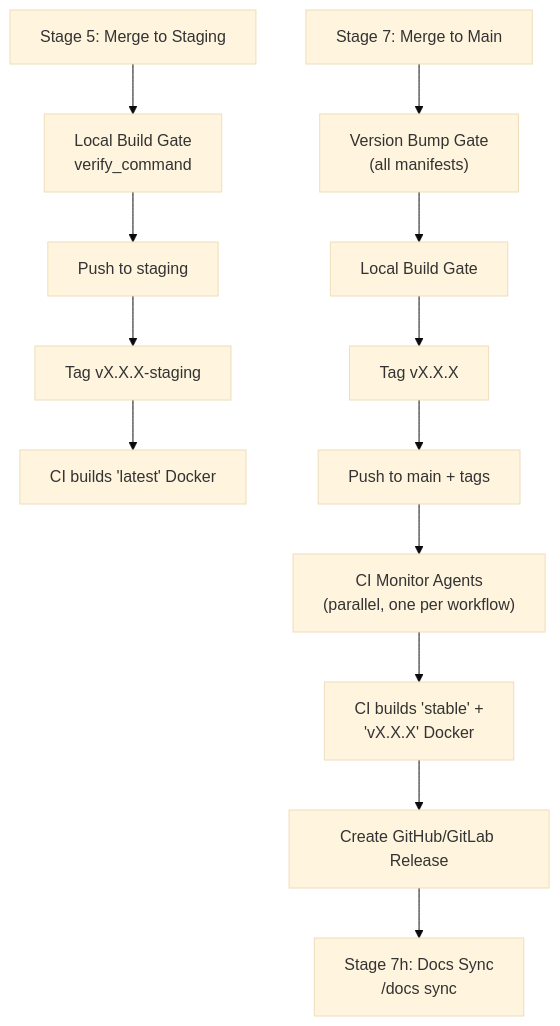
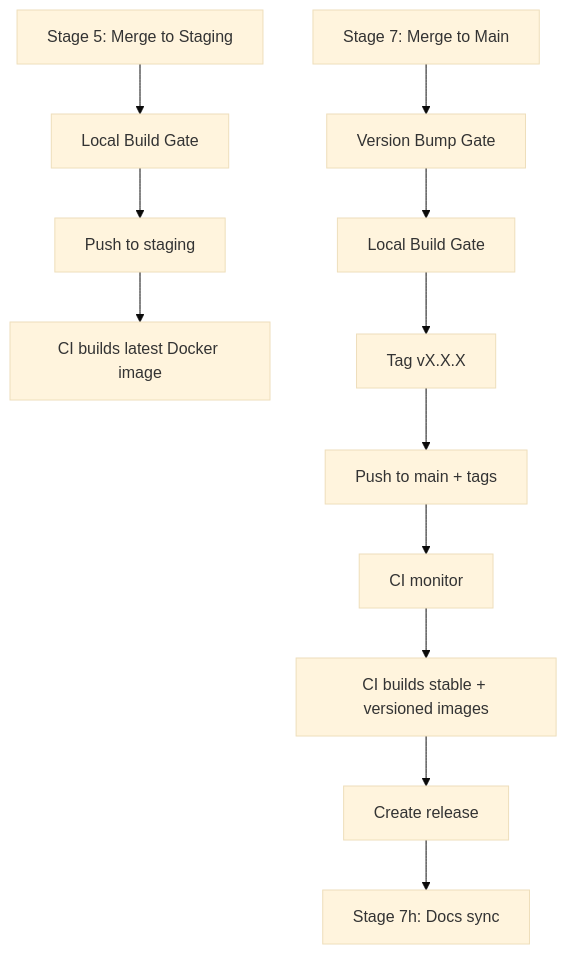
The third of 3 diagrams in docs/deployment.md (dnviti/codeclaw), drawn with Mermaid (base theme) before and after one commit. The commit also changed other lines of this file and 95 other files, not shown here.

````diff
--- a/docs/deployment.md
+++ b/docs/deployment.md
@@ -197,21 +101,20 @@
 ```mermaid
 flowchart TD
     S5["Stage 5: Merge to Staging"]
-    S5_BUILD["Local Build Gate<br>verify_command"]
+    S5_BUILD["Local Build Gate"]
     S5_PUSH["Push to staging"]
-    S5_STAG["Tag vX.X.X-staging"]
-    S5_DOCKER["CI builds 'latest' Docker"]
+    S5_DOCKER["CI builds latest Docker image"]
 
     S7["Stage 7: Merge to Main"]
-    S7_BUMP["Version Bump Gate<br>(all manifests)"]
+    S7_BUMP["Version Bump Gate"]
     S7_BUILD["Local Build Gate"]
     S7_TAG["Tag vX.X.X"]
     S7_PUSH["Push to main + tags"]
-    S7_CI["CI Monitor Agents<br>(parallel, one per workflow)"]
-    S7_DOCKER["CI builds 'stable' +<br>'vX.X.X' Docker"]
-    S7_RELEASE["Create GitHub/GitLab Release"]
-    S7H["Stage 7h: Docs Sync<br>/docs sync"]
+    S7_CI["CI monitor"]
+    S7_DOCKER["CI builds stable + versioned images"]
+    S7_RELEASE["Create release"]
+    S7H["Stage 7h: Docs sync"]
 
-    S5 --> S5_BUILD --> S5_PUSH --> S5_STAG --> S5_DOCKER
+    S5 --> S5_BUILD --> S5_PUSH --> S5_DOCKER
     S7 --> S7_BUMP --> S7_BUILD --> S7_TAG --> S7_PUSH --> S7_CI --> S7_DOCKER --> S7_RELEASE --> S7H
 ```
````
